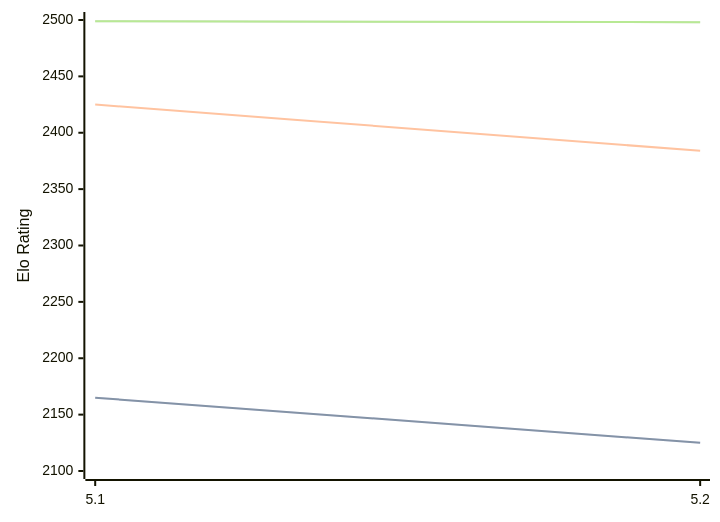
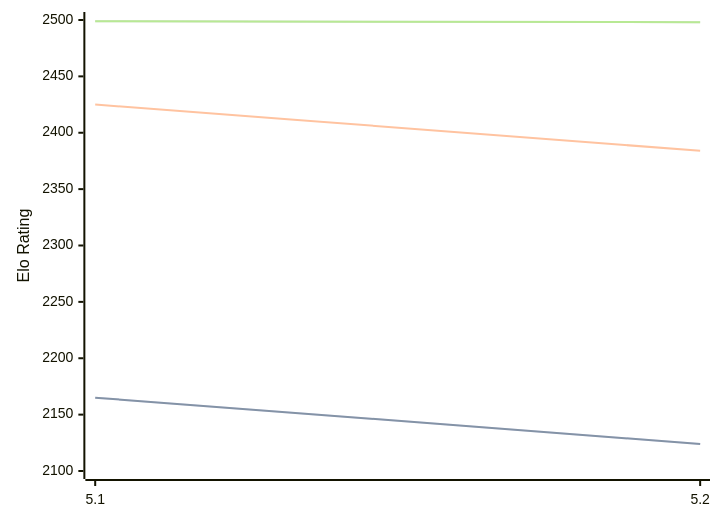
One commit to computer-chess-index/cci changed the diagram in engines/Prophet.md. Above: the diagram before and after it, drawn with Mermaid. The commit also changed other lines of this file, not shown here.

````diff
--- a/engines/Prophet.md
+++ b/engines/Prophet.md
@@ -32,11 +32,11 @@
 ```mermaid
 %%{init: {"theme":"base","themeVariables":{"seriesColors:['#a3a3a3','#222221','#faa371']}}}%%
 xychart-beta
   x-axis ["5.1", "5.2"]
   y-axis "Elo Rating" 2100 --> 2500
-  line "" [2165, 2125]
-  line "STC (8.0+0.08s)" [2165, 2125]
+  line "" [2165, 2124]
+  line "STC (8.0+0.08s)" [2165, 2124]
   line "LTC (60.0+0.60s)" [2425, 2384]
   line "" [2499, 2498]
   line "VLTC (2m24s+1.12s)" [2499, 2498]
 ```
````
